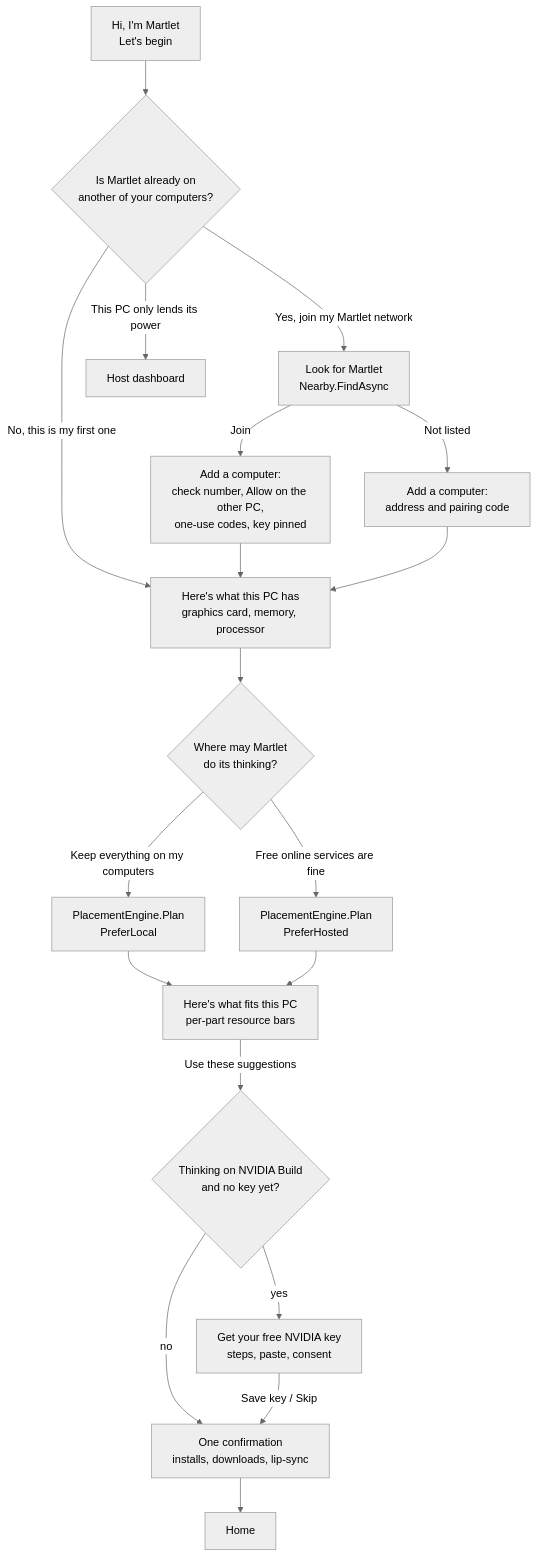
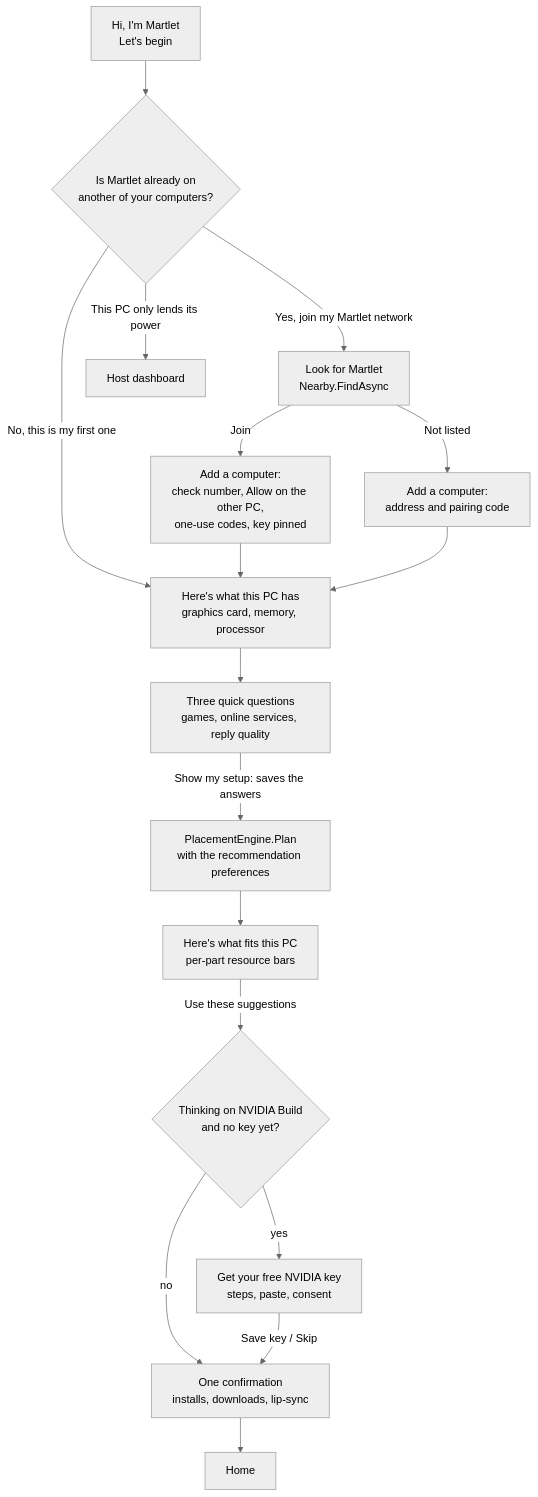
The second of 2 diagrams in docs/WELCOME_WIZARD.md (throndir2/Martlet), drawn with Mermaid (neutral theme) before and after one commit. The commit also changed other lines of this file and 33 other files, not shown here.

First line of the commit message:
Recommendation preferences: three wizard questions, Your preferences, the planner uses them

````diff
--- a/docs/WELCOME_WIZARD.md
+++ b/docs/WELCOME_WIZARD.md
@@ -54,21 +54,19 @@
 ```mermaid
 flowchart TD
     W[Hi, I'm Martlet<br/>Let's begin] --> N{Is Martlet already on<br/>another of your computers?}
     N -->|No, this is my first one| S
     N -->|Yes, join my Martlet network| F[Look for Martlet<br/>Nearby.FindAsync]
     N -->|This PC only lends its power| H[Host dashboard]
     F -->|Join| P[Add a computer:<br/>check number, Allow on the other PC,<br/>one-use codes, key pinned]
     F -->|Not listed| M[Add a computer:<br/>address and pairing code]
     P --> S
     M --> S
-    S[Here's what this PC has<br/>graphics card, memory, processor] --> Q{Where may Martlet<br/>do its thinking?}
-    Q -->|Keep everything on my computers| R[PlacementEngine.Plan<br/>PreferLocal]
-    Q -->|Free online services are fine| O[PlacementEngine.Plan<br/>PreferHosted]
+    S[Here's what this PC has<br/>graphics card, memory, processor] --> Q[Three quick questions<br/>games, online services, reply quality]
+    Q -->|Show my setup: saves the answers| R[PlacementEngine.Plan<br/>with the recommendation preferences]
     R --> L[Here's what fits this PC<br/>per-part resource bars]
-    O --> L
     L -->|Use these suggestions| K{Thinking on NVIDIA Build<br/>and no key yet?}
     K -->|yes| G[Get your free NVIDIA key<br/>steps, paste, consent]
     K -->|no| A
     G -->|Save key / Skip| A[One confirmation<br/>installs, downloads, lip-sync]
     A --> Home
 ```
````
